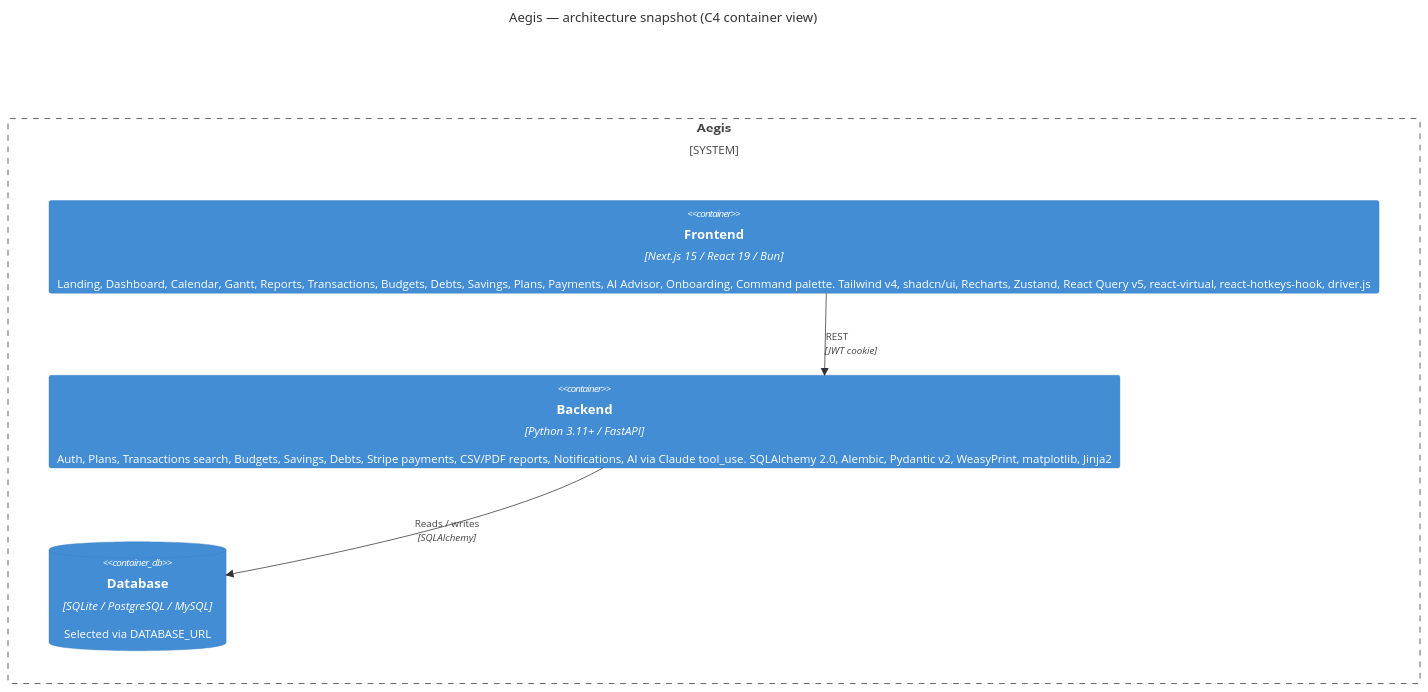
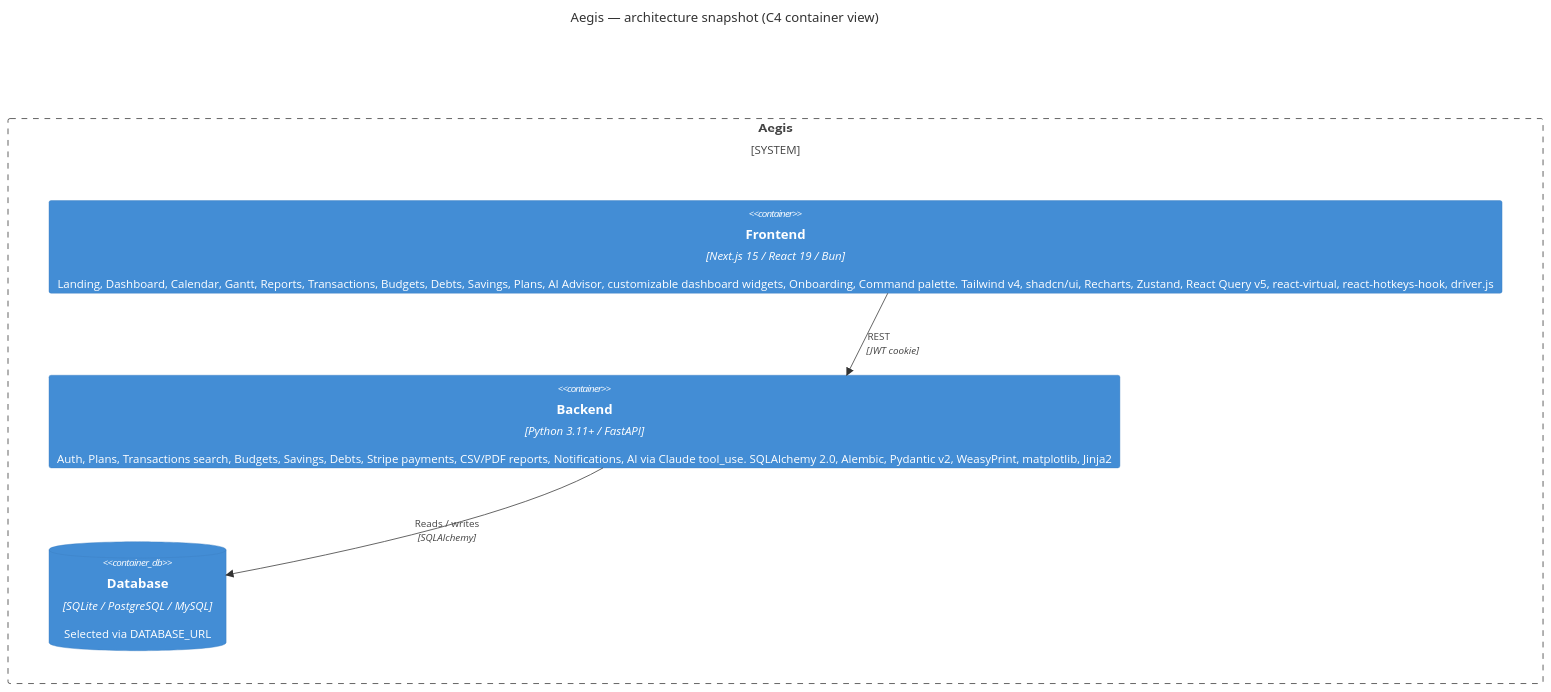
The diagram in docs/diagrams/src/roadmap-architecture-snapshot-current.mmd (santapong/Aegis), drawn with Mermaid before and after one commit. The commit also changed 6 other files, not shown here.

First line of the commit message:
docs(diagrams): reflect v1.3.0 UX changes in frontend-facing diagrams

```diff
--- a/docs/diagrams/src/roadmap-architecture-snapshot-current.mmd
+++ b/docs/diagrams/src/roadmap-architecture-snapshot-current.mmd
@@ -1,13 +1,13 @@
 C4Container
     title Aegis — architecture snapshot (C4 container view)
 
     System_Boundary(aegis, "Aegis") {
-        Container(frontend, "Frontend", "Next.js 15 / React 19 / Bun", "Landing, Dashboard, Calendar, Gantt, Reports, Transactions, Budgets, Debts, Savings, Plans, Payments, AI Advisor, Onboarding, Command palette. Tailwind v4, shadcn/ui, Recharts, Zustand, React Query v5, react-virtual, react-hotkeys-hook, driver.js")
+        Container(frontend, "Frontend", "Next.js 15 / React 19 / Bun", "Landing, Dashboard, Calendar, Gantt, Reports, Transactions, Budgets, Debts, Savings, Plans, AI Advisor, customizable dashboard widgets, Onboarding, Command palette. Tailwind v4, shadcn/ui, Recharts, Zustand, React Query v5, react-virtual, react-hotkeys-hook, driver.js")
         Container(backend, "Backend", "Python 3.11+ / FastAPI", "Auth, Plans, Transactions search, Budgets, Savings, Debts, Stripe payments, CSV/PDF reports, Notifications, AI via Claude tool_use. SQLAlchemy 2.0, Alembic, Pydantic v2, WeasyPrint, matplotlib, Jinja2")
         ContainerDb(db, "Database", "SQLite / PostgreSQL / MySQL", "Selected via DATABASE_URL")
     }
 
     Rel(frontend, backend, "REST", "JWT cookie")
     Rel(backend, db, "Reads / writes", "SQLAlchemy")
 
     UpdateLayoutConfig($c4ShapeInRow="2", $c4BoundaryInRow="1")
```
